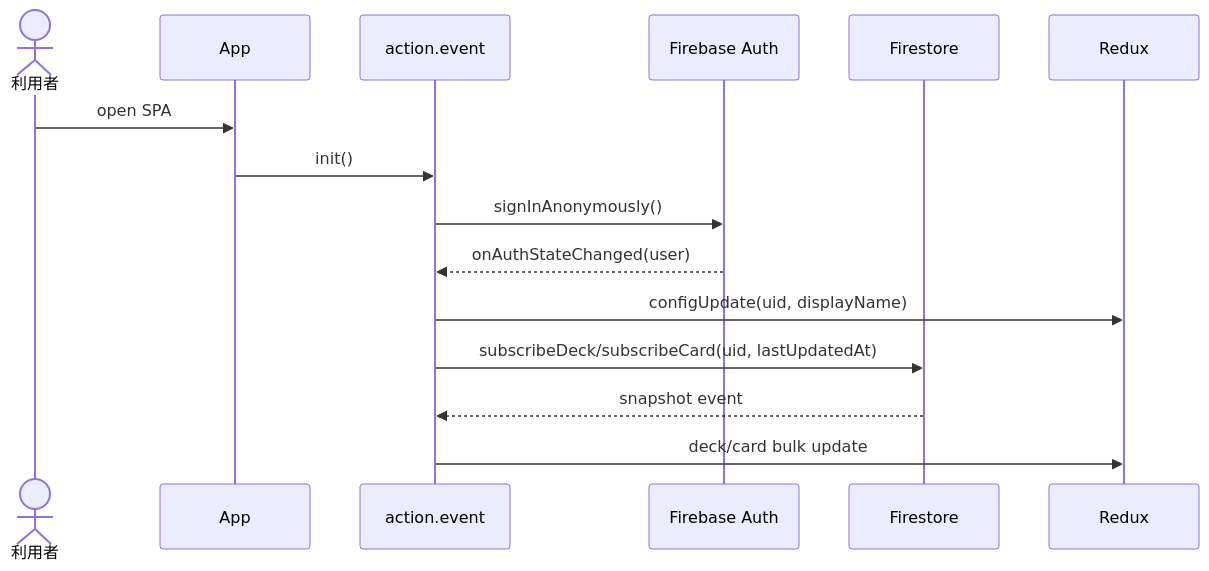
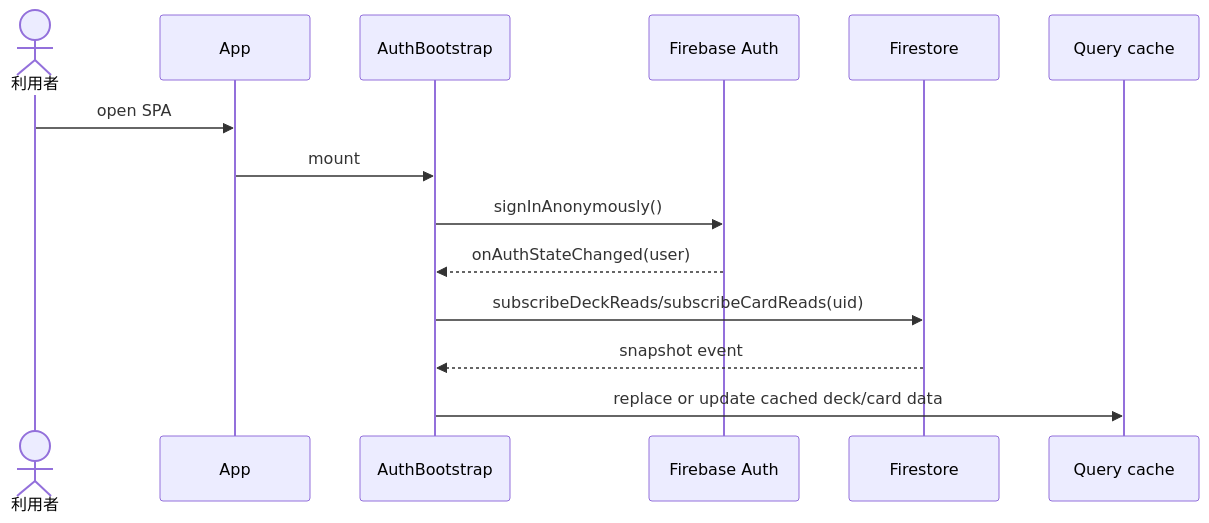
Before and after one commit to her0e1c1/tango: the first of 4 diagrams in docs/summary/use-cases.md, drawn with Mermaid. The commit also changed other lines of this file and 42 other files, not shown here.

Commit message:
refactor: make Query the only remote data cache (#274)

````diff
--- a/docs/summary/use-cases.md
+++ b/docs/summary/use-cases.md
@@ -13,18 +13,17 @@
 ```mermaid
 sequenceDiagram
     actor User as 利用者
     participant App as App
-    participant Event as action.event
+    participant Bootstrap as AuthBootstrap
     participant Auth as Firebase Auth
     participant FS as Firestore
-    participant Store as Redux
+    participant Query as Query cache
 
     User->>App: open SPA
-    App->>Event: init()
-    Event->>Auth: signInAnonymously()
-    Auth-->>Event: onAuthStateChanged(user)
-    Event->>Store: configUpdate(uid, displayName)
-    Event->>FS: subscribeDeck/subscribeCard(uid, lastUpdatedAt)
-    FS-->>Event: snapshot event
-    Event->>Store: deck/card bulk update
+    App->>Bootstrap: mount
+    Bootstrap->>Auth: signInAnonymously()
+    Auth-->>Bootstrap: onAuthStateChanged(user)
+    Bootstrap->>FS: subscribeDeckReads/subscribeCardReads(uid)
+    FS-->>Bootstrap: snapshot event
+    Bootstrap->>Query: replace or update cached deck/card data
 ```
````
